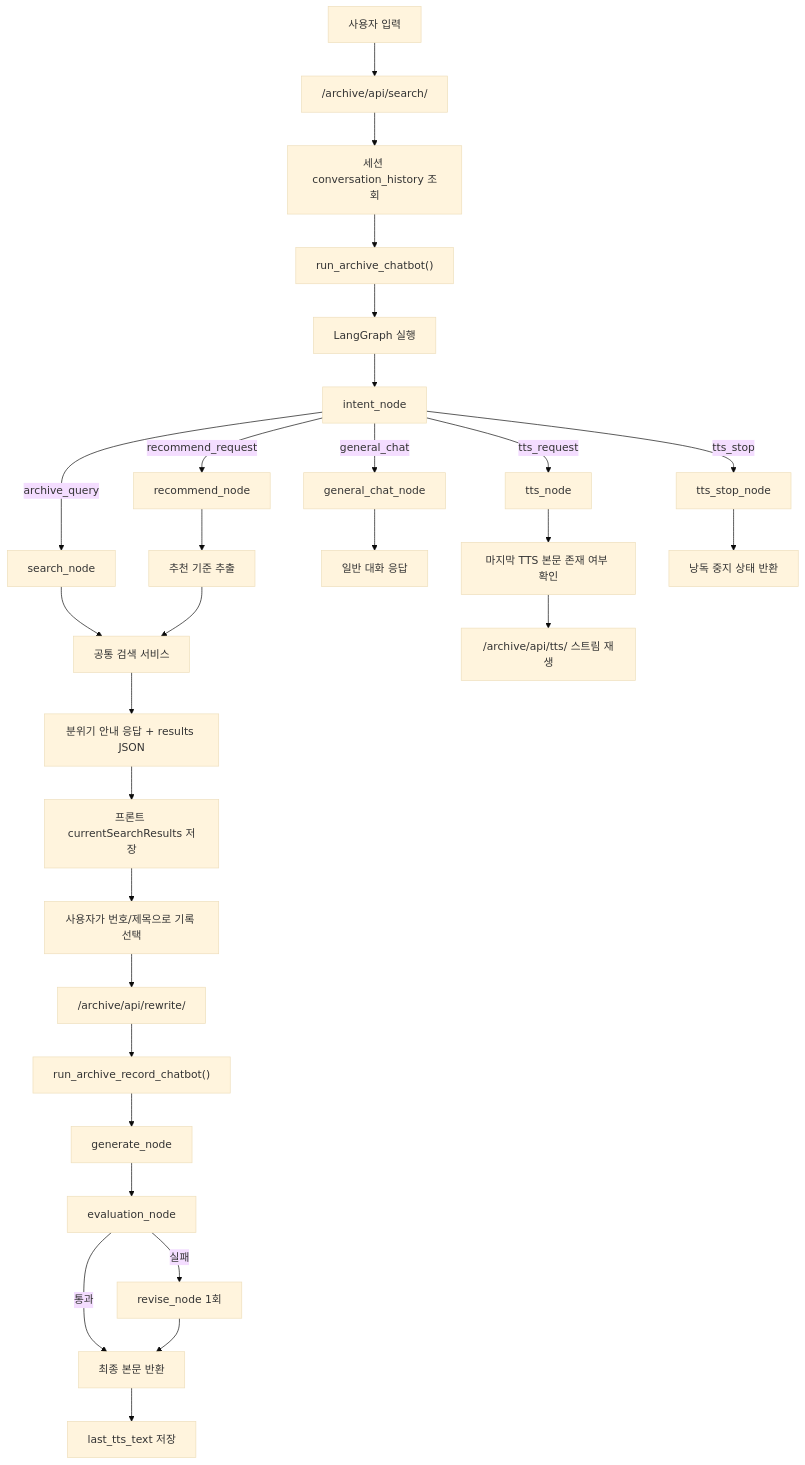
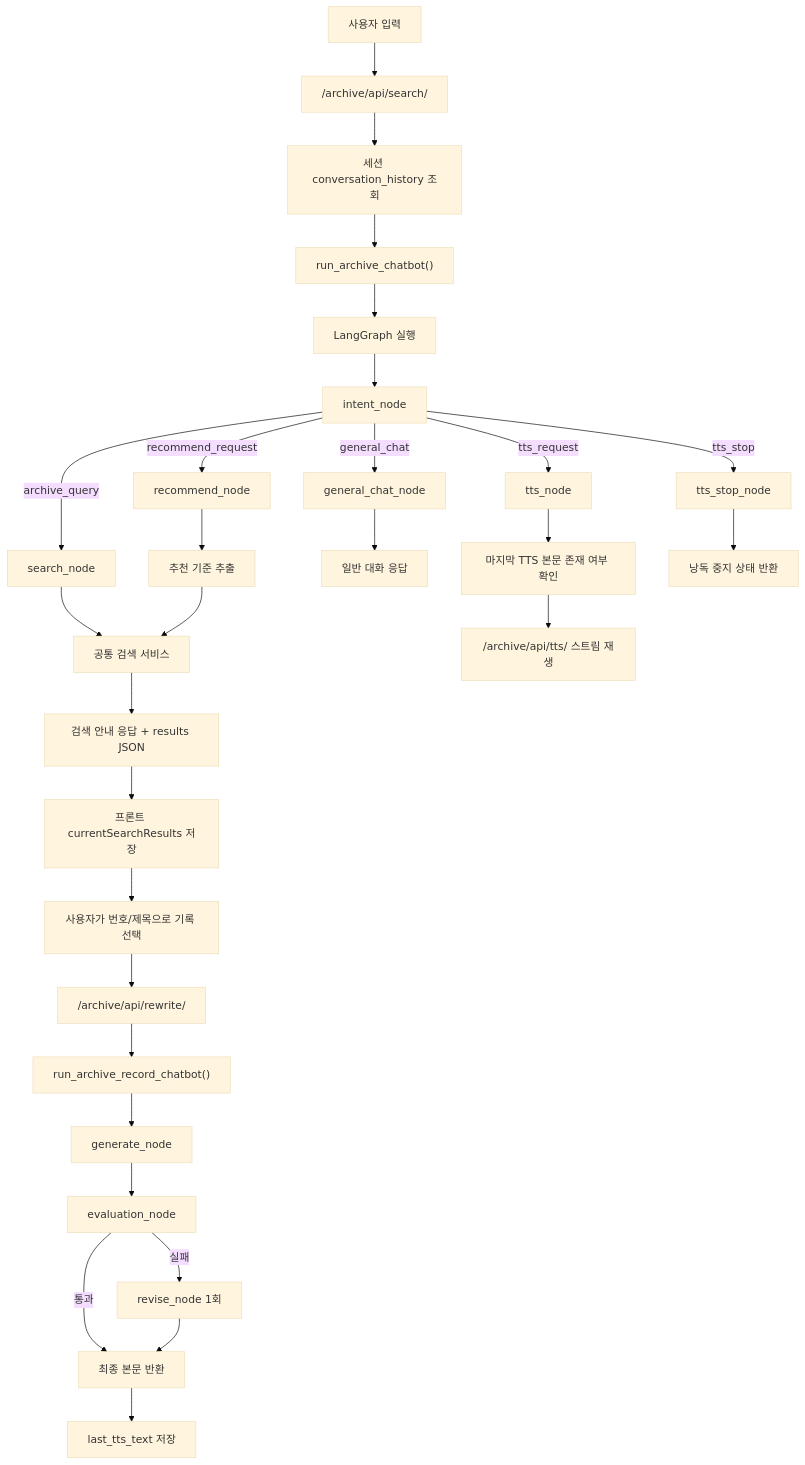
The second of 3 diagrams in docs/archive.md (SKNETWORKS-FAMILY-AICAMP/SKN27-4th-1team), drawn with Mermaid (base theme) before and after one commit. The commit also changed other lines of this file and 3 other files, not shown here.

````diff
--- a/docs/archive.md
+++ b/docs/archive.md
@@ -79,35 +68,35 @@
 ```mermaid
 flowchart TD
     A["사용자 입력"] --> B["/archive/api/search/"]
     B --> C["세션 conversation_history 조회"]
     C --> D["run_archive_chatbot()"]
     D --> E["LangGraph 실행"]
     E --> F["intent_node"]
 
     F -->|archive_query| G["search_node"]
     F -->|recommend_request| H["recommend_node"]
     F -->|general_chat| I["general_chat_node"]
     F -->|tts_request| J["tts_node"]
     F -->|tts_stop| K["tts_stop_node"]
 
     G --> L["공통 검색 서비스"]
     H --> H1["추천 기준 추출"]
     H1 --> L
-    L --> M["분위기 안내 응답 + results JSON"]
+    L --> M["검색 안내 응답 + results JSON"]
     I --> N["일반 대화 응답"]
     J --> O["마지막 TTS 본문 존재 여부 확인"]
     K --> P["낭독 중지 상태 반환"]
 
     M --> Q["프론트 currentSearchResults 저장"]
     Q --> R["사용자가 번호/제목으로 기록 선택"]
     R --> S["/archive/api/rewrite/"]
     S --> T["run_archive_record_chatbot()"]
     T --> U["generate_node"]
     U --> V["evaluation_node"]
     V -->|통과| W["최종 본문 반환"]
     V -->|실패| X["revise_node 1회"]
     X --> W
     W --> Y["last_tts_text 저장"]
 
     O --> Z["/archive/api/tts/ 스트림 재생"]
 ```
````
